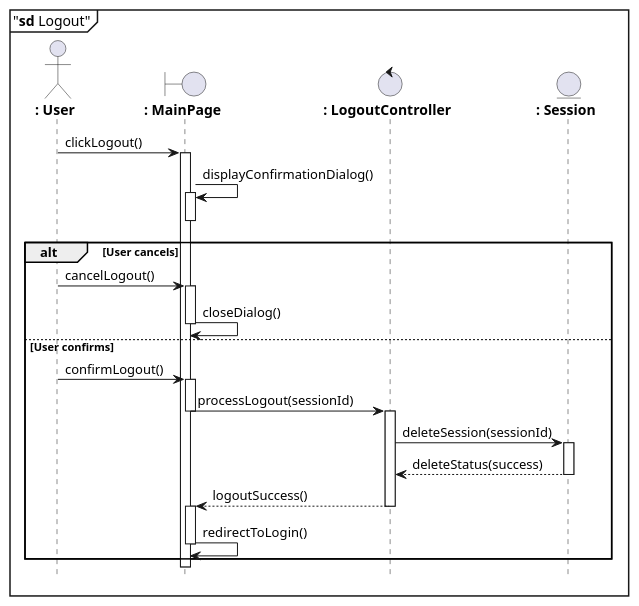
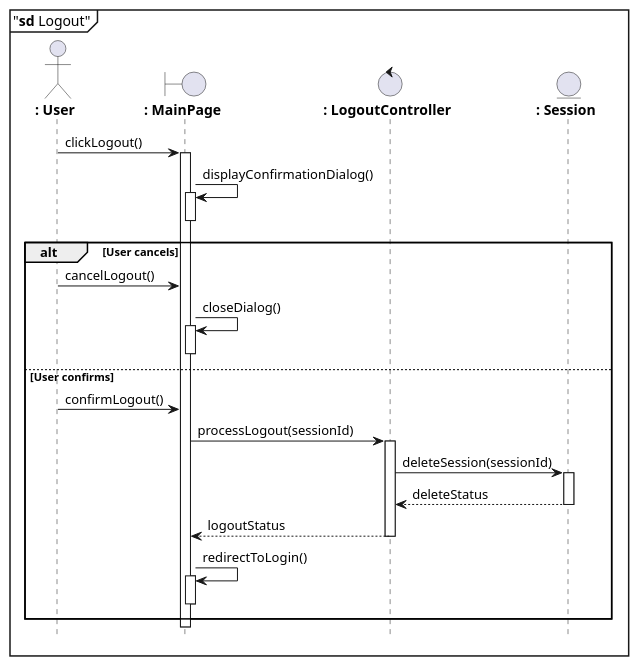
Before and after one commit to azrappp/learning_uml2.0_pmul: the diagram in logout.puml, drawn with PlantUML. The commit also changed 24 other files, not shown here.

```diff
--- a/logout.puml
+++ b/logout.puml
@@ -1,49 +1,47 @@
 @startuml
 mainframe "**sd** Logout"
 hide footbox
 
 actor "**: User**" as User
 boundary "**: MainPage**" as MainPage
 control "**: LogoutController**" as LogoutController
 entity  "**: Session**" as Session
 
 ' User starts logout
 User -> MainPage : clickLogout()
 activate MainPage
 
 ' UI shows confirmation dialog
 MainPage -> MainPage : displayConfirmationDialog()
 activate MainPage
 deactivate MainPage
 
 alt User cancels
     User -> MainPage : cancelLogout()
+    MainPage -> MainPage : closeDialog()
     activate MainPage
-    MainPage -> MainPage : closeDialog()
     deactivate MainPage
 
 else User confirms
     User -> MainPage : confirmLogout()
-    activate MainPage
 
     ' Page asks controller to process logout
     MainPage -> LogoutController : processLogout(sessionId)
-    deactivate MainPage
     activate LogoutController
 
     ' Controller deletes session
     LogoutController -> Session : deleteSession(sessionId)
     activate Session
-    Session --> LogoutController : deleteStatus(success)
+    Session --> LogoutController : deleteStatus
     deactivate Session
 
     ' Controller reports back to page
-    LogoutController --> MainPage : logoutSuccess()
+    LogoutController --> MainPage : logoutStatus
     deactivate LogoutController
-    activate MainPage
 
     ' Page redirects user to login
     MainPage -> MainPage : redirectToLogin()
+    activate MainPage
     deactivate MainPage
 end
 @enduml
```
